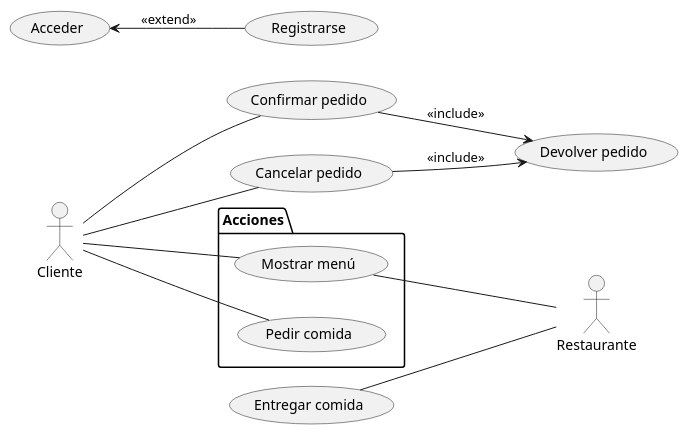
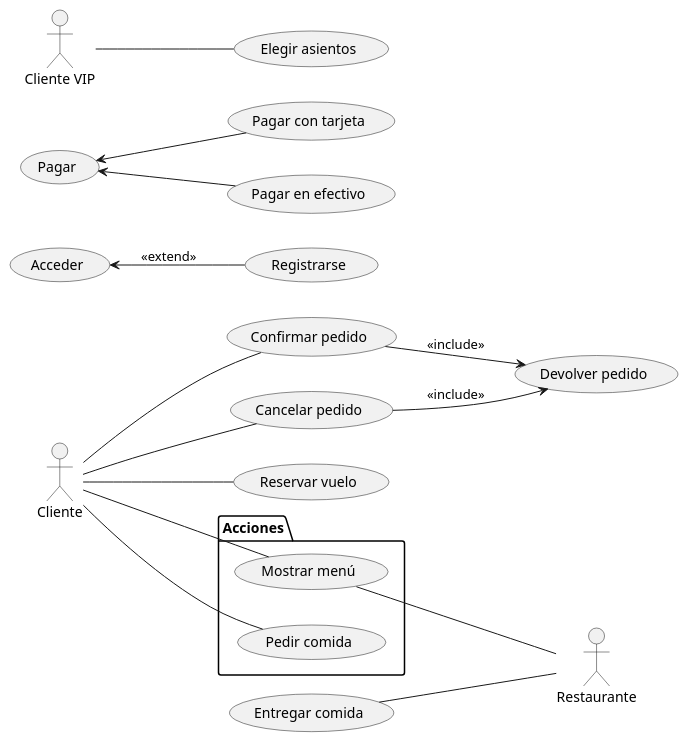
Before and after one commit to CrisMH1/ChristianM_UML: the diagram in Casos_de_uso.puml, drawn with PlantUML.

Commit message:
Update Casos_de_uso.puml
Añadido la extensión y la generalización

```diff
--- a/Casos_de_uso.puml
+++ b/Casos_de_uso.puml
@@ -1,24 +1,30 @@
 @startuml
 'https://plantuml.com/class-diagram
 
 left to right direction
 package Acciones{
 usecase "Mostrar menú" as menu
 usecase "Pedir comida" as pedir
 
 }
 
 :Cliente: -- menu
 :Cliente: -- pedir
  (Entregar comida)-- :Restaurante:
  menu -- :Restaurante:
  
  left to right direction
 :Cliente: -- (Confirmar pedido)
 :Cliente: -- (Cancelar pedido)
 (Confirmar pedido) --> (Devolver pedido) : <<include>>
 (Cancelar pedido) --> (Devolver pedido) : <<include>>
 (Acceder) <-- (Registrarse) : <<extend>>
 
+(Pagar)<-- (Pagar con tarjeta)
+(Pagar)<-- (Pagar en efectivo)
+
+:Cliente: -- (Reservar vuelo)
+:Cliente VIP: -- (Elegir asientos)
+
 
 @enduml
```
